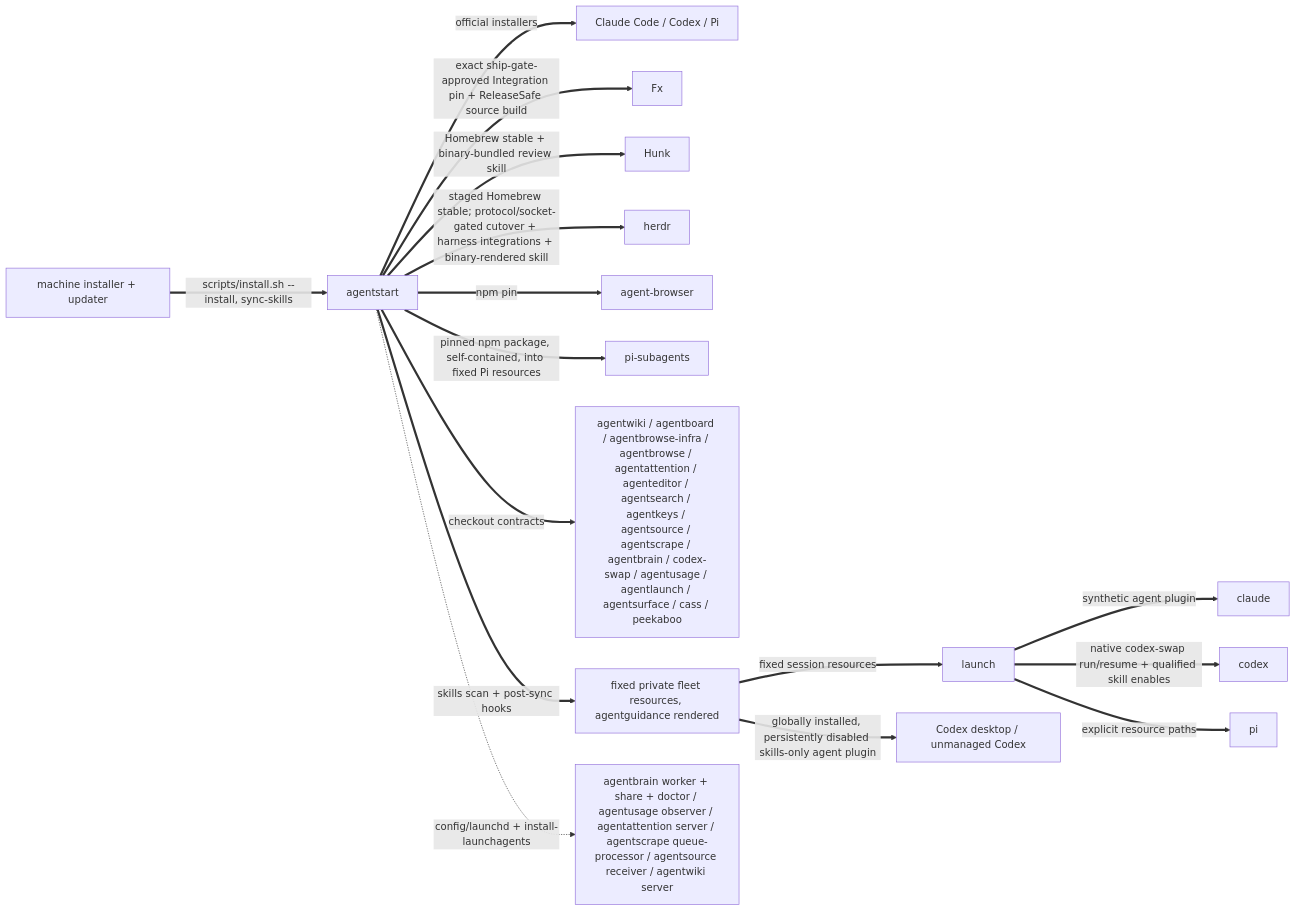
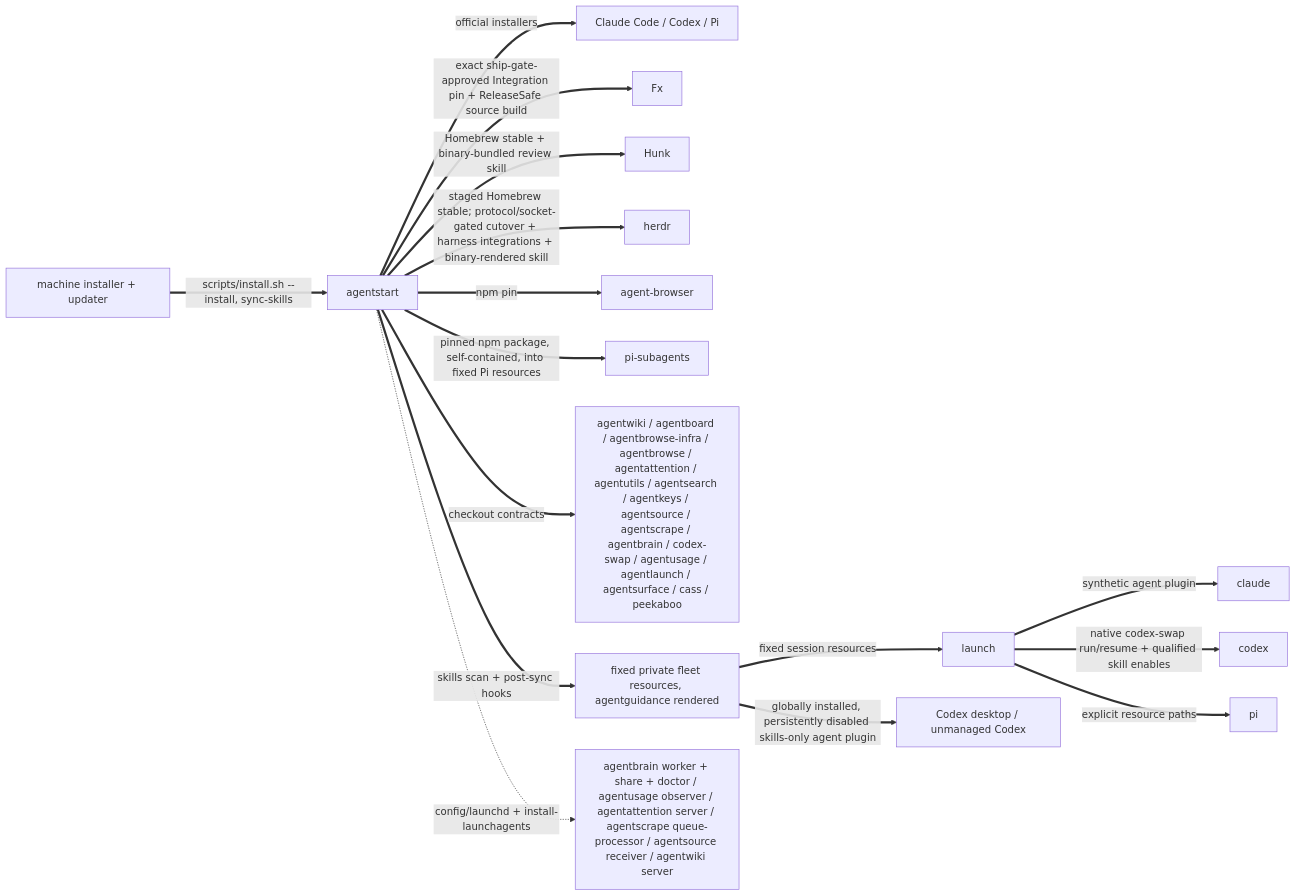
Before and after one commit to possibilities/agentstart: the second of 3 diagrams in skills/fleet/MAP.md, drawn with Mermaid. The commit also changed other lines of this file and 3 other files, not shown here.

Commit message:
chore: install agentutils from renamed checkout

````diff
--- a/skills/fleet/MAP.md
+++ b/skills/fleet/MAP.md
@@ -83,21 +83,21 @@
 ```mermaid
 flowchart LR
     machine[machine installer + updater]
     start[agentstart]
 
     machine ==>|scripts/install.sh --install, sync-skills| start
     start ==>|official installers| harnesses[Claude Code / Codex / Pi]
     start ==>|exact ship-gate-approved Integration pin + ReleaseSafe source build| fx[Fx]
     start ==>|Homebrew stable + binary-bundled review skill| hunk[Hunk]
     start ==>|staged Homebrew stable; protocol/socket-gated cutover + harness integrations + binary-rendered skill| herdrInstall[herdr]
     start ==>|npm pin| browser[agent-browser]
     start ==>|pinned npm package, self-contained, into fixed Pi resources| piSubagents[pi-subagents]
-    start ==>|checkout contracts| fleet[agentwiki / agentboard / agentbrowse-infra / agentbrowse / agentattention / agenteditor / agentsearch / agentkeys / agentsource / agentscrape / agentbrain / codex-swap / agentusage / agentlaunch / agentsurface / cass / peekaboo]
+    start ==>|checkout contracts| fleet[agentwiki / agentboard / agentbrowse-infra / agentbrowse / agentattention / agentutils / agentsearch / agentkeys / agentsource / agentscrape / agentbrain / codex-swap / agentusage / agentlaunch / agentsurface / cass / peekaboo]
     start ==>|skills scan + post-sync hooks| skills[fixed private fleet resources, agentguidance rendered]
     skills ==>|fixed session resources| launch
     launch ==>|synthetic agent plugin| claude
     launch ==>|native codex-swap run/resume + qualified skill enables| codex
     launch ==>|explicit resource paths| pi
     skills ==>|globally installed, persistently disabled skills-only agent plugin| codexDesktop[Codex desktop / unmanaged Codex]
     start -.->|config/launchd + install-launchagents| services[agentbrain worker + share + doctor / agentusage observer / agentattention server / agentscrape queue-processor / agentsource receiver / agentwiki server]
 ```
````
